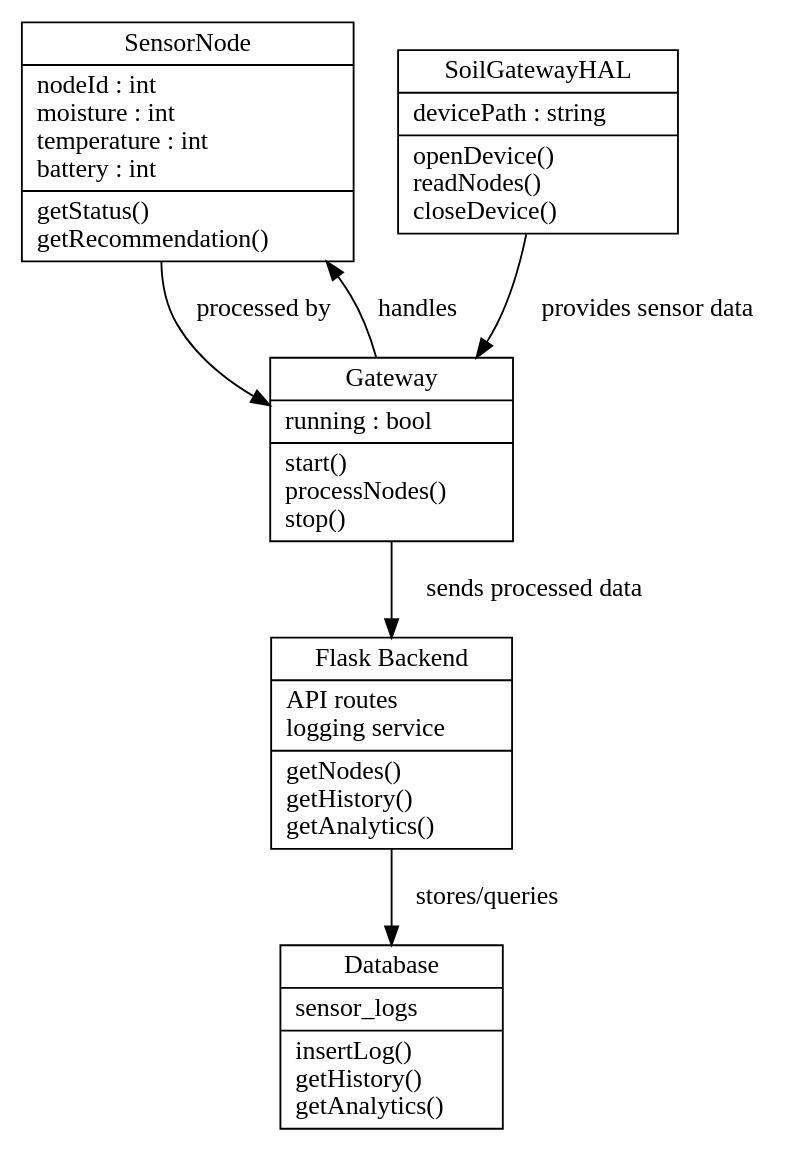
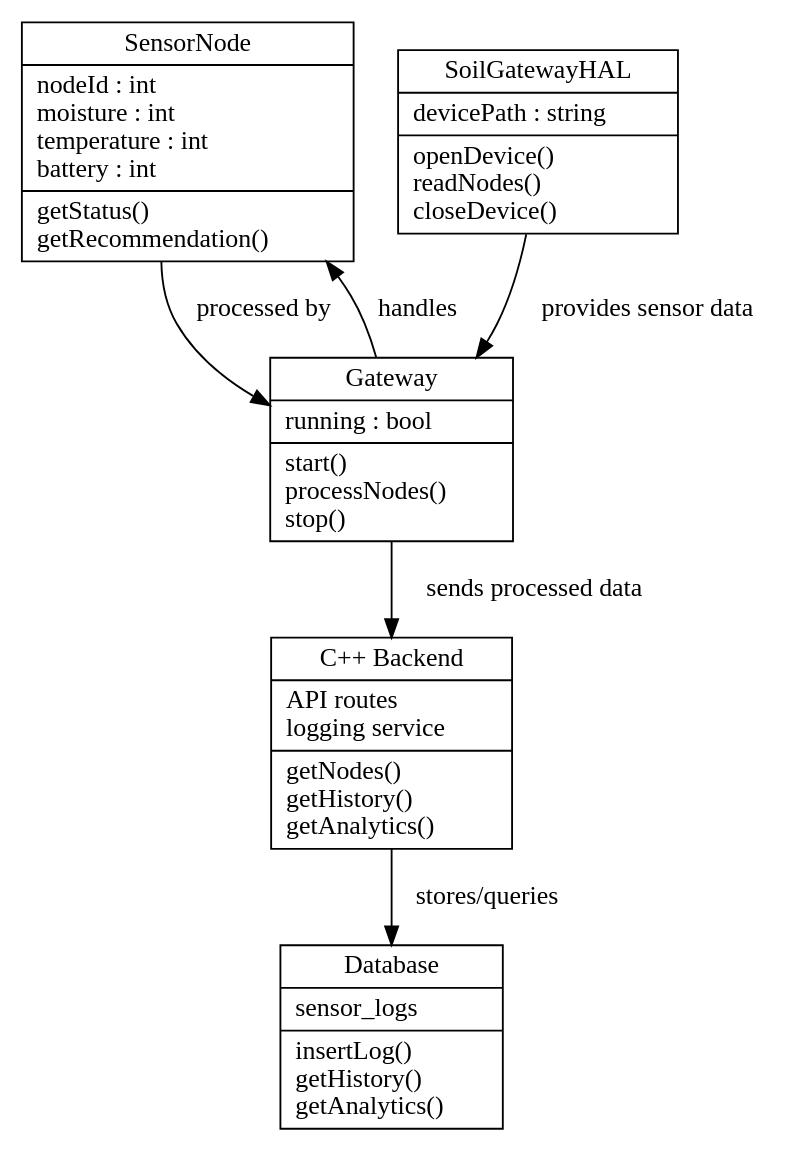
One commit to anshumanpattnaik153-ctrl/soil-moisture-gateway changed the diagram in docs/stage6/class_diagram.dot. Above: the diagram before and after it, drawn with Graphviz. The commit also changed 5 other files, not shown here.

Commit message:
Update final documentation and diagrams

```diff
--- a/docs/stage6/class_diagram.dot
+++ b/docs/stage6/class_diagram.dot
@@ -1,53 +1,53 @@
 digraph ClassDiagram {
     rankdir=TB;
     node [shape=record];
 
     SensorNode [
         label="{SensorNode|
         nodeId : int\l
         moisture : int\l
         temperature : int\l
         battery : int\l|
         getStatus()\l
         getRecommendation()\l}"
     ];
 
     HAL [
         label="{SoilGatewayHAL|
         devicePath : string\l|
         openDevice()\l
         readNodes()\l
         closeDevice()\l}"
     ];
 
     Gateway [
         label="{Gateway|
         running : bool\l|
         start()\l
         processNodes()\l
         stop()\l}"
     ];
 
     Backend [
-        label="{Flask Backend|
+        label="{C++ Backend|
         API routes\l
         logging service\l|
         getNodes()\l
         getHistory()\l
         getAnalytics()\l}"
     ];
 
     Database [
         label="{Database|
         sensor_logs\l|
         insertLog()\l
         getHistory()\l
         getAnalytics()\l}"
     ];
 
     SensorNode -> Gateway [label="processed by"];
     HAL -> Gateway [label="provides sensor data"];
     Gateway -> SensorNode [label="handles"];
     Gateway -> Backend [label="sends processed data"];
     Backend -> Database [label="stores/queries"];
 }
```
